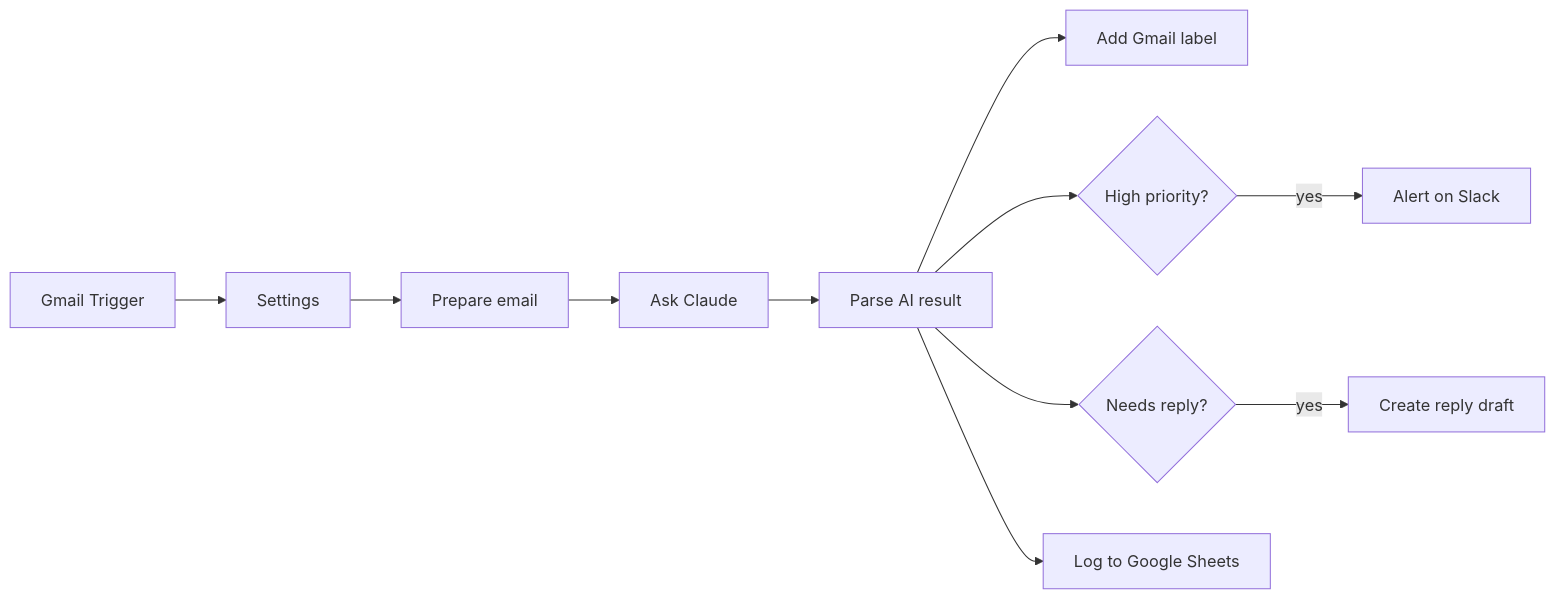
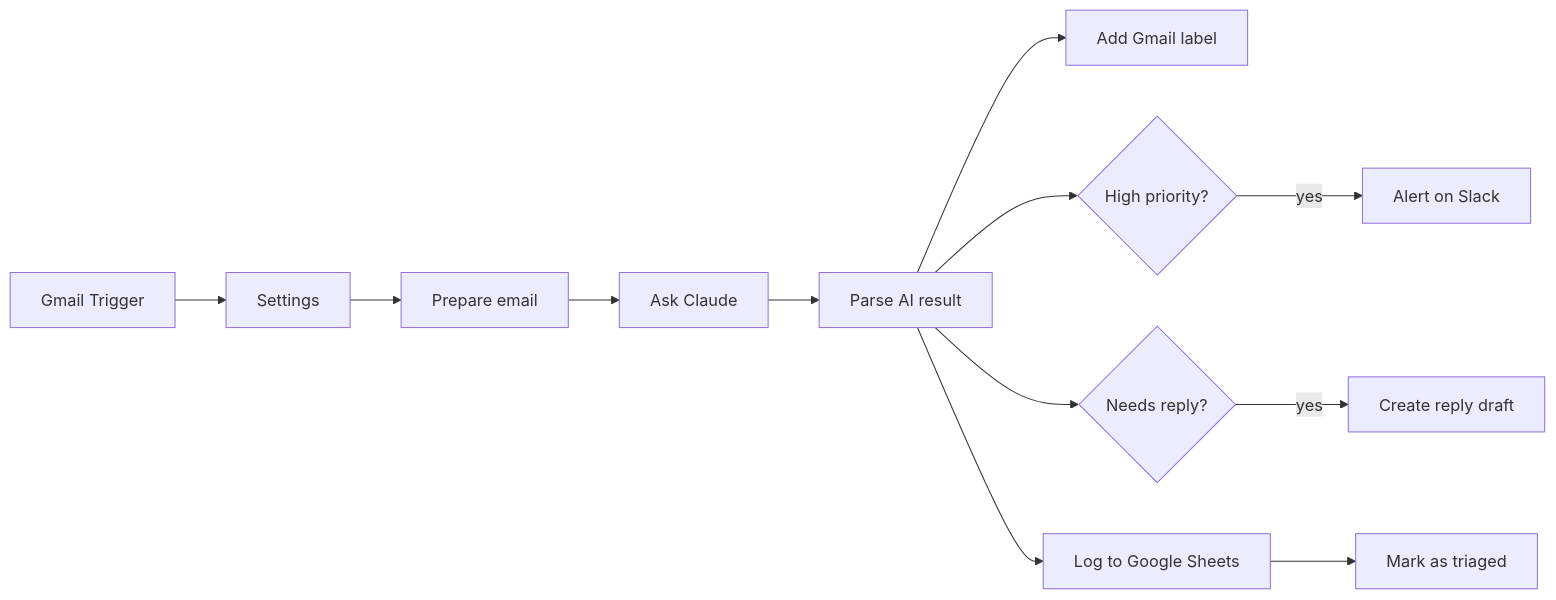
Before and after one commit to mick-gsk/n8n-ai-email-triage: the diagram in workflows/email-triage/README.md, drawn with Mermaid. The commit also changed other lines of this file and 6 other files, not shown here.

````diff
--- a/workflows/email-triage/README.md
+++ b/workflows/email-triage/README.md
@@ -11,8 +11,8 @@
 ```mermaid
 flowchart LR
     T[Gmail Trigger] --> S[Settings] --> P[Prepare email] --> A[Ask Claude] --> R[Parse AI result]
     R --> L[Add Gmail label]
     R --> H{High priority?} -- yes --> SL[Alert on Slack]
     R --> N{Needs reply?} -- yes --> D[Create reply draft]
-    R --> G[Log to Google Sheets]
+    R --> G[Log to Google Sheets] --> M[Mark as triaged]
 ```
````
